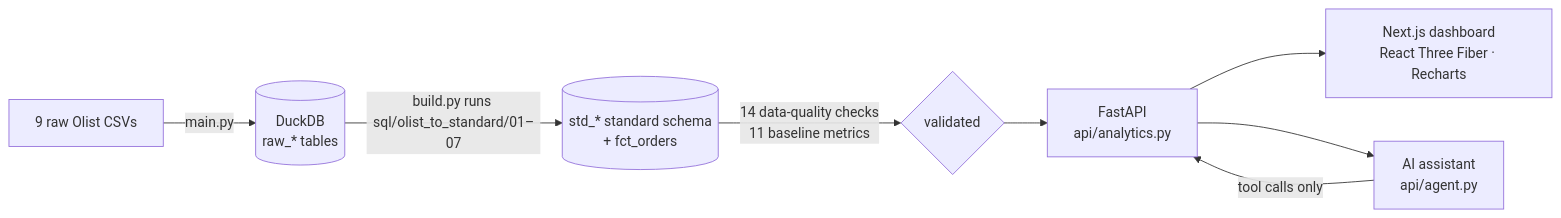
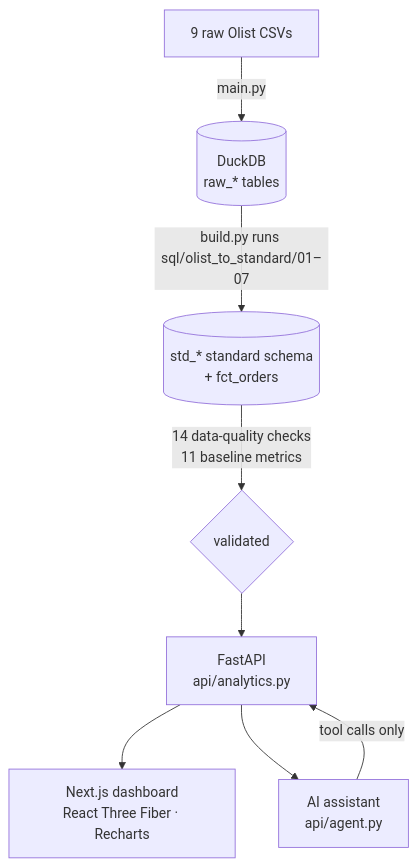
Before and after one commit to soroushMky/retailiq: the diagram in README.md, drawn with Mermaid. The commit also changed other lines of this file, not shown here.

Commit message:
Add screenshots, fix clone URL and diagram layout

````diff
--- a/README.md
+++ b/README.md
@@ -44,10 +44,10 @@
 ```mermaid
-flowchart LR
+flowchart TB
     A[9 raw Olist CSVs] -->|main.py| B[(DuckDB<br/>raw_* tables)]
     B -->|build.py runs sql/olist_to_standard/01–07| C[(std_* standard schema<br/>+ fct_orders)]
     C -->|14 data-quality checks<br/>11 baseline metrics| D{validated}
     D --> E[FastAPI<br/>api/analytics.py]
     E --> F[Next.js dashboard<br/>React Three Fiber · Recharts]
     E --> G[AI assistant<br/>api/agent.py]
     G -->|tool calls only| E
 ```
````
